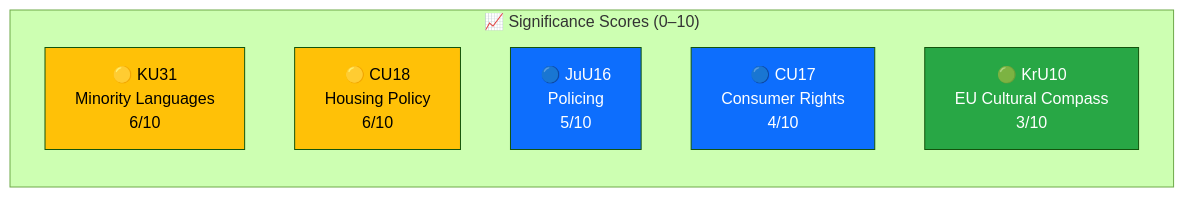
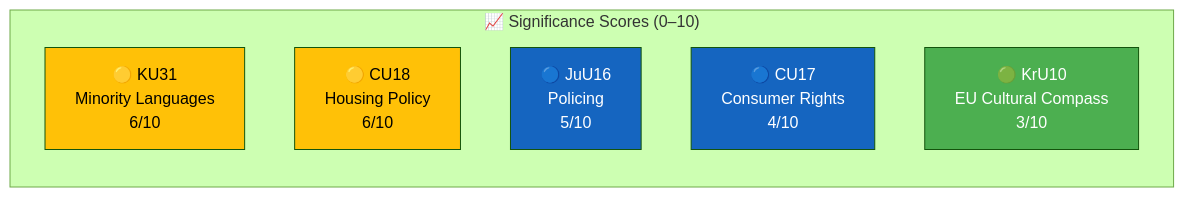
Before and after one commit to Hack23/riksdagsmonitor: the diagram in analysis/daily/2026-03-27/committeeReports/significance-scoring.md, drawn with Mermaid (forest theme). The commit also changed 785 other files, not shown here.

First line of the commit message:
Normalize mermaid colors across 786 analysis artifacts to ISMS Style Guide palette

````diff
--- a/analysis/daily/2026-03-27/committeeReports/significance-scoring.md
+++ b/analysis/daily/2026-03-27/committeeReports/significance-scoring.md
@@ -10,16 +10,16 @@
 ```mermaid
 graph LR
     subgraph "📈 Significance Scores (0–10)"
         KU31["🟡 KU31<br/>Minority Languages<br/>6/10"]
         CU18["🟡 CU18<br/>Housing Policy<br/>6/10"]
         JuU16["🔵 JuU16<br/>Policing<br/>5/10"]
         CU17["🔵 CU17<br/>Consumer Rights<br/>4/10"]
         KrU10["🟢 KrU10<br/>EU Cultural Compass<br/>3/10"]
     end
 
-    style KU31 fill:#ffc107,color:#000
-    style CU18 fill:#ffc107,color:#000
-    style JuU16 fill:#0d6efd,color:#fff
-    style CU17 fill:#0d6efd,color:#fff
-    style KrU10 fill:#28a745,color:#fff
+    style KU31 fill:#FFC107,color:#000000
+    style CU18 fill:#FFC107,color:#000000
+    style JuU16 fill:#1565C0,color:#FFFFFF
+    style CU17 fill:#1565C0,color:#FFFFFF
+    style KrU10 fill:#4CAF50,color:#FFFFFF
 ```
````
